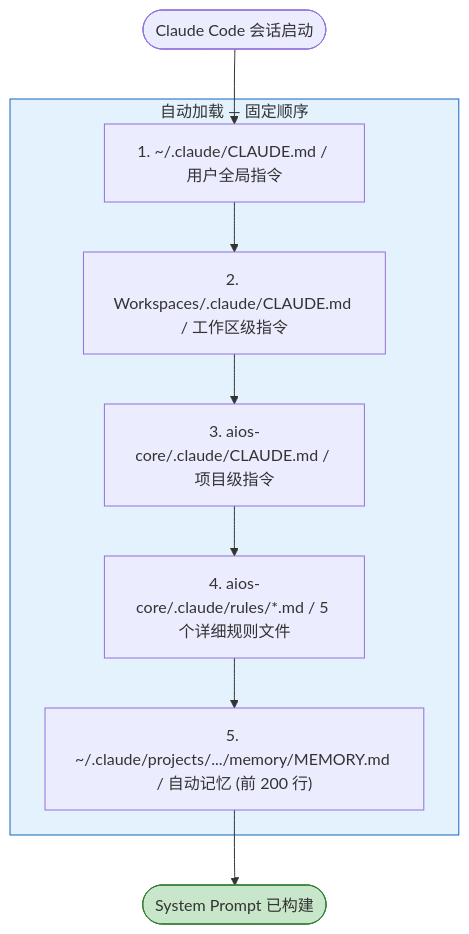
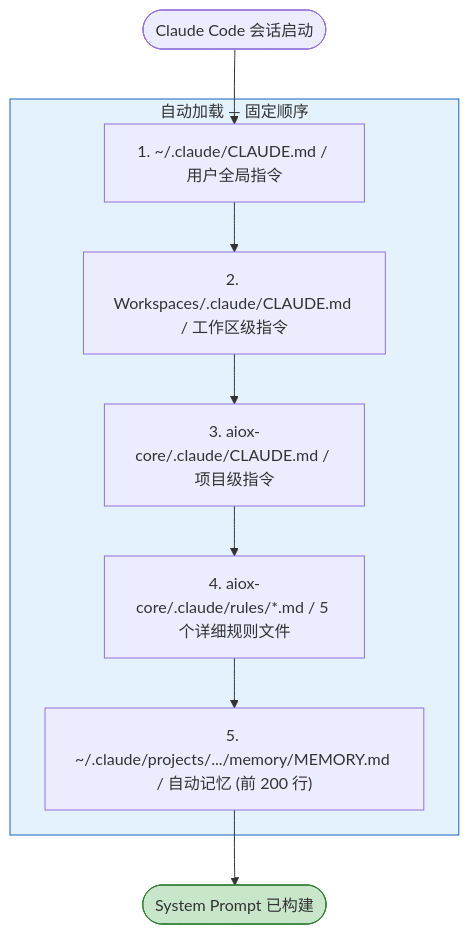
Before and after one commit to bychrisr/aios-docs: the third of 18 diagrams in content/en/docs/zh/guides/MEMORY-SYSTEM.mdx, drawn with Mermaid. The commit also changed other lines of this file and 564 other files, not shown here.

Commit message:
chore(sync): auto-sync from aios-core 2026-03-05 [skip ci]

````diff
--- a/content/en/docs/zh/guides/MEMORY-SYSTEM.mdx
+++ b/content/en/docs/zh/guides/MEMORY-SYSTEM.mdx
@@ -175,22 +175,22 @@
 ```mermaid
 flowchart TD
     START([Claude Code 会话启动]) --> LOAD_GLOBAL
 
     subgraph LOAD["自动加载 — 固定顺序"]
         LOAD_GLOBAL["1. ~/.claude/CLAUDE.md / 用户全局指令"]
         LOAD_WORKSPACE["2. Workspaces/.claude/CLAUDE.md / 工作区级指令"]
-        LOAD_PROJECT["3. aios-core/.claude/CLAUDE.md / 项目级指令"]
-        LOAD_RULES["4. aios-core/.claude/rules/*.md / 5 个详细规则文件"]
+        LOAD_PROJECT["3. aiox-core/.claude/CLAUDE.md / 项目级指令"]
+        LOAD_RULES["4. aiox-core/.claude/rules/*.md / 5 个详细规则文件"]
         LOAD_MEMORY["5. ~/.claude/projects/.../memory/MEMORY.md / 自动记忆 (前 200 行)"]
     end
 
     LOAD_GLOBAL --> LOAD_WORKSPACE
     LOAD_WORKSPACE --> LOAD_PROJECT
     LOAD_PROJECT --> LOAD_RULES
     LOAD_RULES --> LOAD_MEMORY
 
     LOAD_MEMORY --> READY([System Prompt 已构建])
 
     style LOAD fill:#E3F2FD,stroke:#1565C0
     style READY fill:#C8E6C9,stroke:#2E7D32
 ```
````
